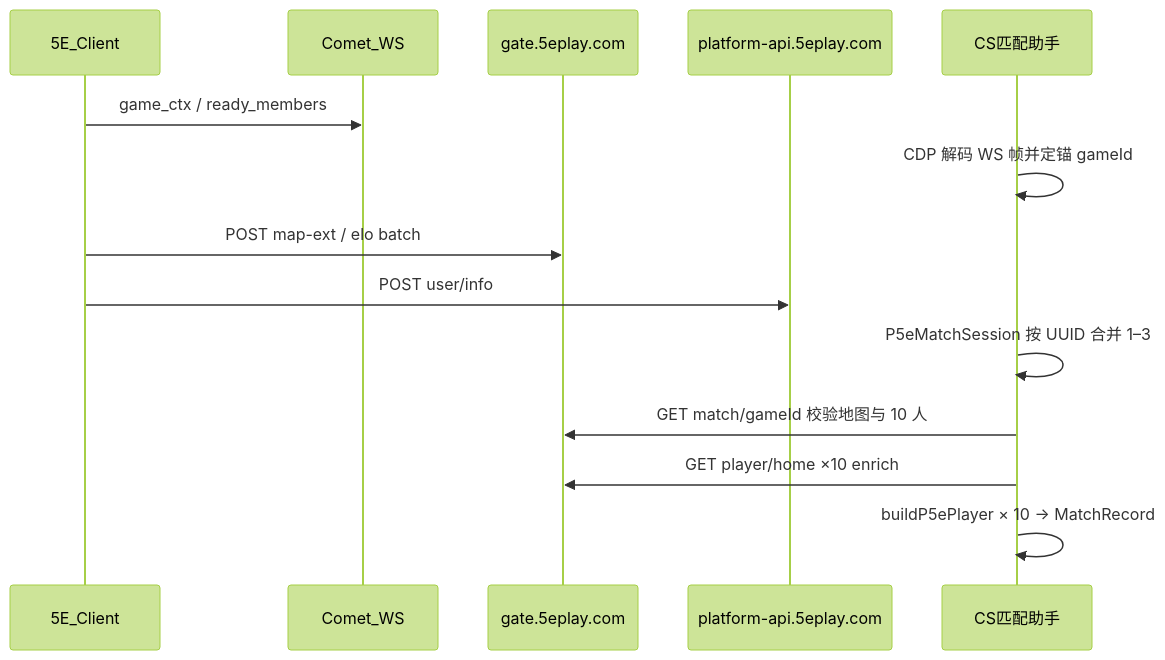
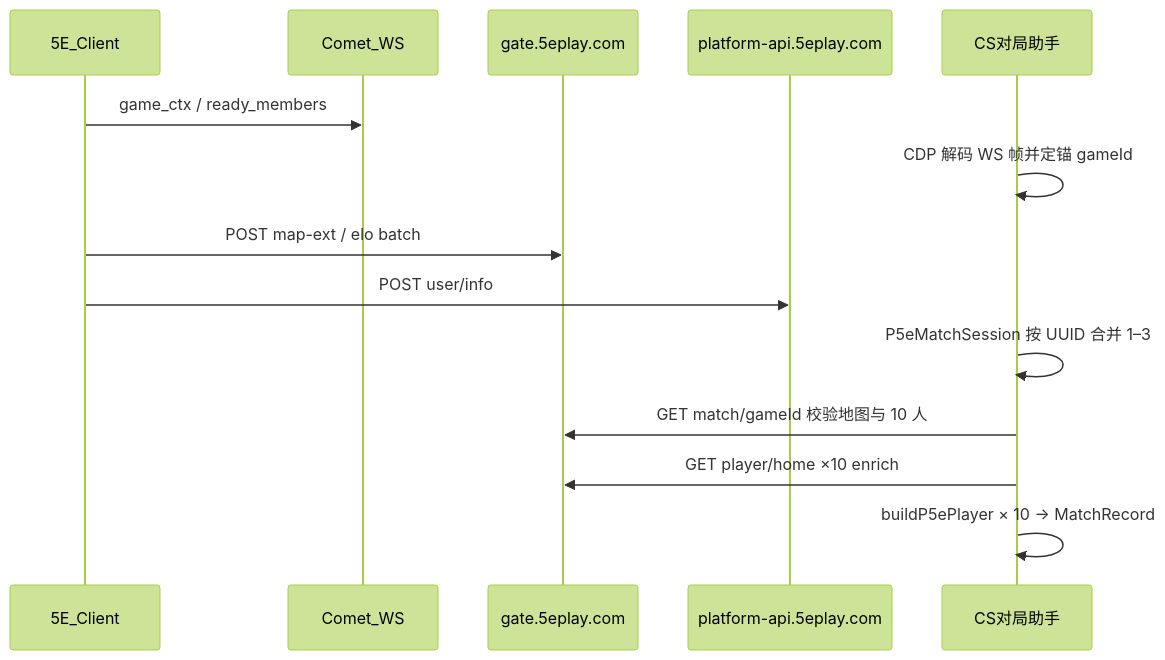
Before and after one commit to qianjiachun/cs-match-helper: the second of 2 diagrams in docs/response_5e.md, drawn with Mermaid (forest theme). The commit also changed 26 other files, not shown here.

````diff
--- a/docs/response_5e.md
+++ b/docs/response_5e.md
@@ -1025,17 +1025,17 @@
 ```mermaid
 sequenceDiagram
   participant Client as 5E_Client
   participant Comet as Comet_WS
   participant Gate as gate.5eplay.com
   participant Platform as platform-api.5eplay.com
-  participant App as CS匹配助手
+  participant App as CS对局助手
 
   Client->>Comet: game_ctx / ready_members
   App->>App: CDP 解码 WS 帧并定锚 gameId
   Client->>Gate: POST map-ext / elo batch
   Client->>Platform: POST user/info
   App->>App: P5eMatchSession 按 UUID 合并 1–3
   App->>Gate: GET match/gameId 校验地图与 10 人
   App->>Gate: GET player/home ×10 enrich
   App->>App: buildP5ePlayer × 10 → MatchRecord
 ```
````
